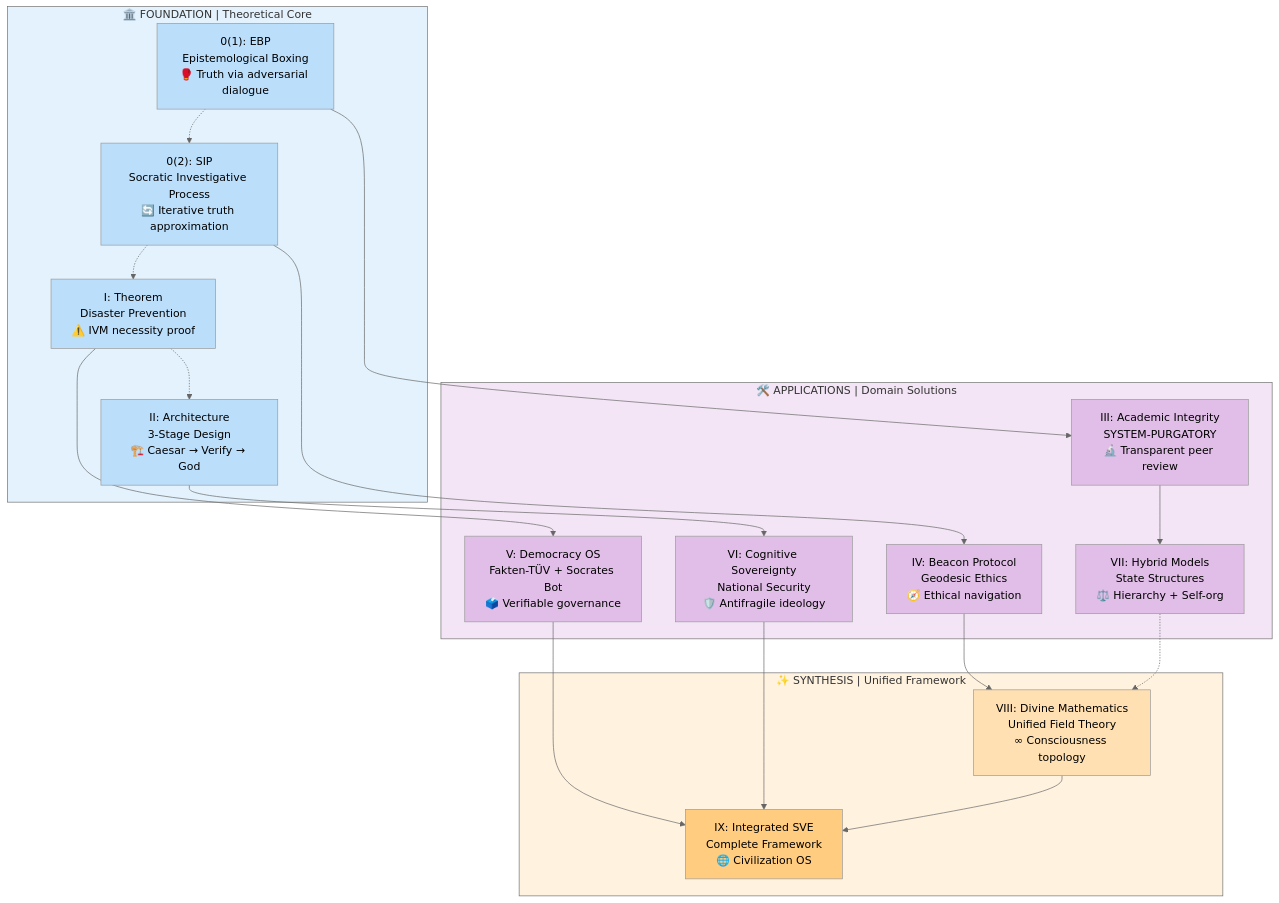
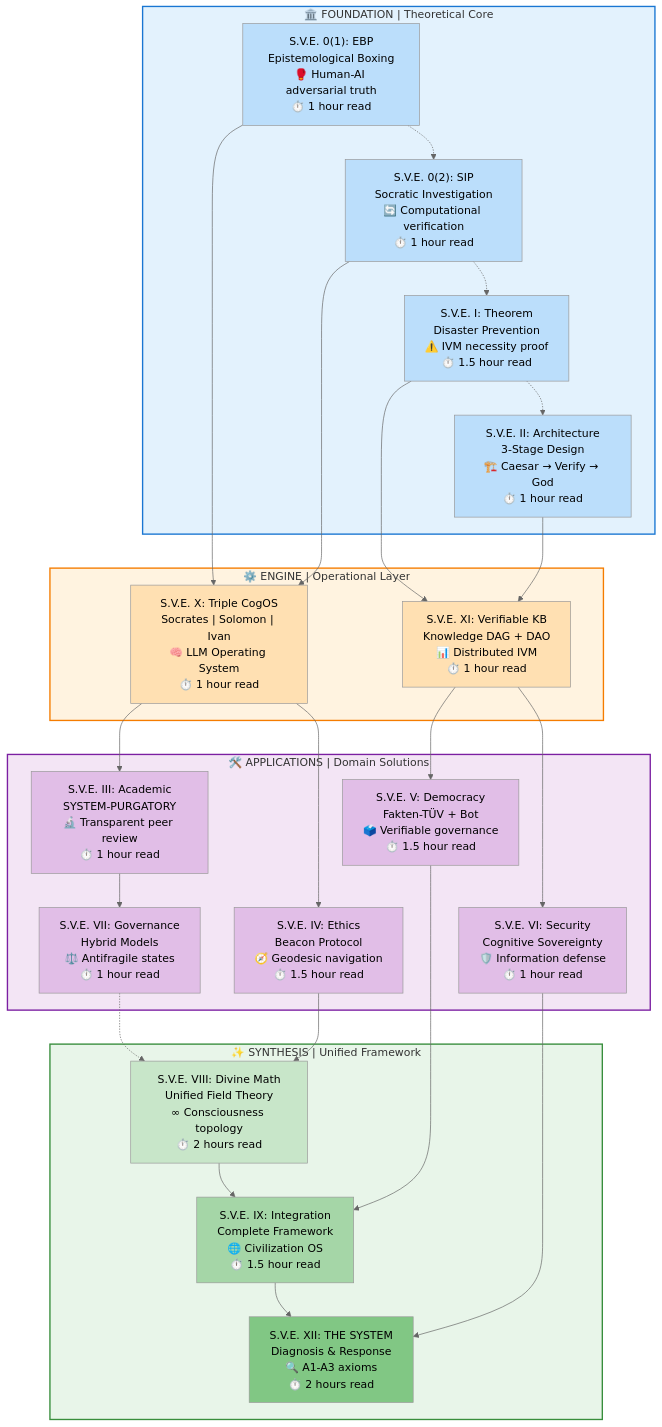
One commit to skovnats/SVE-Systemic-Verification-Engineering changed the diagram in Community/NAVIGATION.md. Above: the diagram before and after it, drawn with Mermaid (neutral theme). The commit also changed other lines of this file and 6 other files, not shown here.

````diff
--- a/Community/NAVIGATION.md
+++ b/Community/NAVIGATION.md
@@ -1,61 +8,79 @@
 ```mermaid
 graph TB
     subgraph Foundation["🏛️ FOUNDATION | Theoretical Core"]
-        EBP["0(1): EBP<br/>Epistemological Boxing<br/>🥊 Truth via adversarial dialogue"]
-        SIP["0(2): SIP<br/>Socratic Investigative Process<br/>🔄 Iterative truth approximation"]
-        THEOREM["I: Theorem<br/>Disaster Prevention<br/>⚠️ IVM necessity proof"]
-        ARCH["II: Architecture<br/>3-Stage Design<br/>🏗️ Caesar → Verify → God"]
+        EBP["S.V.E. 0(1): EBP<br/>Epistemological Boxing<br/>🥊 Human-AI adversarial truth<br/>⏱️ 1 hour read"]
+        SIP["S.V.E. 0(2): SIP<br/>Socratic Investigation<br/>🔄 Computational verification<br/>⏱️ 1 hour read"]
+        THEOREM["S.V.E. I: Theorem<br/>Disaster Prevention<br/>⚠️ IVM necessity proof<br/>⏱️ 1.5 hour read"]
+        ARCH["S.V.E. II: Architecture<br/>3-Stage Design<br/>🏗️ Caesar → Verify → God<br/>⏱️ 1 hour read"]
+    end
+    
+    subgraph Engine["⚙️ ENGINE | Operational Layer"]
+        COGOS["S.V.E. X: Triple CogOS<br/>Socrates | Solomon | Ivan<br/>🧠 LLM Operating System<br/>⏱️ 1 hour read"]
+        VKB["S.V.E. XI: Verifiable KB<br/>Knowledge DAG + DAO<br/>📊 Distributed IVM<br/>⏱️ 1 hour read"]
     end
     
     subgraph Applications["🛠️ APPLICATIONS | Domain Solutions"]
-        SCIENCE["III: Academic Integrity<br/>SYSTEM-PURGATORY<br/>🔬 Transparent peer review"]
-        ETHICS["IV: Beacon Protocol<br/>Geodesic Ethics<br/>🧭 Ethical navigation"]
-        DEMOCRACY["V: Democracy OS<br/>Fakten-TÜV + Socrates Bot<br/>🗳️ Verifiable governance"]
-        SECURITY["VI: Cognitive Sovereignty<br/>National Security<br/>🛡️ Antifragile ideology"]
-        GOVERNANCE["VII: Hybrid Models<br/>State Structures<br/>⚖️ Hierarchy + Self-org"]
+        SCIENCE["S.V.E. III: Academic<br/>SYSTEM-PURGATORY<br/>🔬 Transparent peer review<br/>⏱️ 1 hour read"]
+        ETHICS["S.V.E. IV: Ethics<br/>Beacon Protocol<br/>🧭 Geodesic navigation<br/>⏱️ 1.5 hour read"]
+        DEMOCRACY["S.V.E. V: Democracy<br/>Fakten-TÜV + Bot<br/>🗳️ Verifiable governance<br/>⏱️ 1.5 hour read"]
+        SECURITY["S.V.E. VI: Security<br/>Cognitive Sovereignty<br/>🛡️ Information defense<br/>⏱️ 1 hour read"]
+        GOVERNANCE["S.V.E. VII: Governance<br/>Hybrid Models<br/>⚖️ Antifragile states<br/>⏱️ 1 hour read"]
     end
     
     subgraph Synthesis["✨ SYNTHESIS | Unified Framework"]
-        DIVINE["VIII: Divine Mathematics<br/>Unified Field Theory<br/>∞ Consciousness topology"]
-        INTEGRATED["IX: Integrated SVE<br/>Complete Framework<br/>🌐 Civilization OS"]
+        DIVINE["S.V.E. VIII: Divine Math<br/>Unified Field Theory<br/>∞ Consciousness topology<br/>⏱️ 2 hours read"]
+        INTEGRATED["S.V.E. IX: Integration<br/>Complete Framework<br/>🌐 Civilization OS<br/>⏱️ 1.5 hour read"]
+        SYSTEM["S.V.E. XII: THE SYSTEM<br/>Diagnosis & Response<br/>🔍 A1-A3 axioms<br/>⏱️ 2 hours read"]
     end
     
     %% Foundation flows
-    EBP --> SCIENCE
-    SIP --> ETHICS
-    THEOREM --> DEMOCRACY
-    ARCH --> SECURITY
+    EBP --> COGOS
+    SIP --> COGOS
+    THEOREM --> VKB
+    ARCH --> VKB
+    
+    %% Engine to Applications
+    COGOS --> SCIENCE
+    COGOS --> ETHICS
+    VKB --> DEMOCRACY
+    VKB --> SECURITY
     
     %% Application flows
     SCIENCE --> GOVERNANCE
     ETHICS --> DIVINE
     DEMOCRACY --> INTEGRATED
-    SECURITY --> INTEGRATED
+    SECURITY --> SYSTEM
     
     %% Cross-connections
     GOVERNANCE -.-> DIVINE
     DIVINE --> INTEGRATED
+    INTEGRATED --> SYSTEM
     
     %% Foundation interconnections
     EBP -.-> SIP
     SIP -.-> THEOREM
     THEOREM -.-> ARCH
     
-    style Foundation fill:#e3f2fd
-    style Applications fill:#f3e5f5
-    style Synthesis fill:#fff3e0
+    style Foundation fill:#e3f2fd,stroke:#1976d2,stroke-width:2px
+    style Engine fill:#fff3e0,stroke:#f57c00,stroke-width:2px
+    style Applications fill:#f3e5f5,stroke:#7b1fa2,stroke-width:2px
+    style Synthesis fill:#e8f5e9,stroke:#388e3c,stroke-width:2px
     
     style EBP fill:#bbdefb
     style SIP fill:#bbdefb
     style THEOREM fill:#bbdefb
     style ARCH fill:#bbdefb
+    
+    style COGOS fill:#ffe0b2
+    style VKB fill:#ffe0b2
     
     style SCIENCE fill:#e1bee7
     style ETHICS fill:#e1bee7
     style DEMOCRACY fill:#e1bee7
     style SECURITY fill:#e1bee7
     style GOVERNANCE fill:#e1bee7
     
-    style DIVINE fill:#ffe0b2
-    style INTEGRATED fill:#ffcc80
+    style DIVINE fill:#c8e6c9
+    style INTEGRATED fill:#a5d6a7
+    style SYSTEM fill:#81c784
 ```
````
